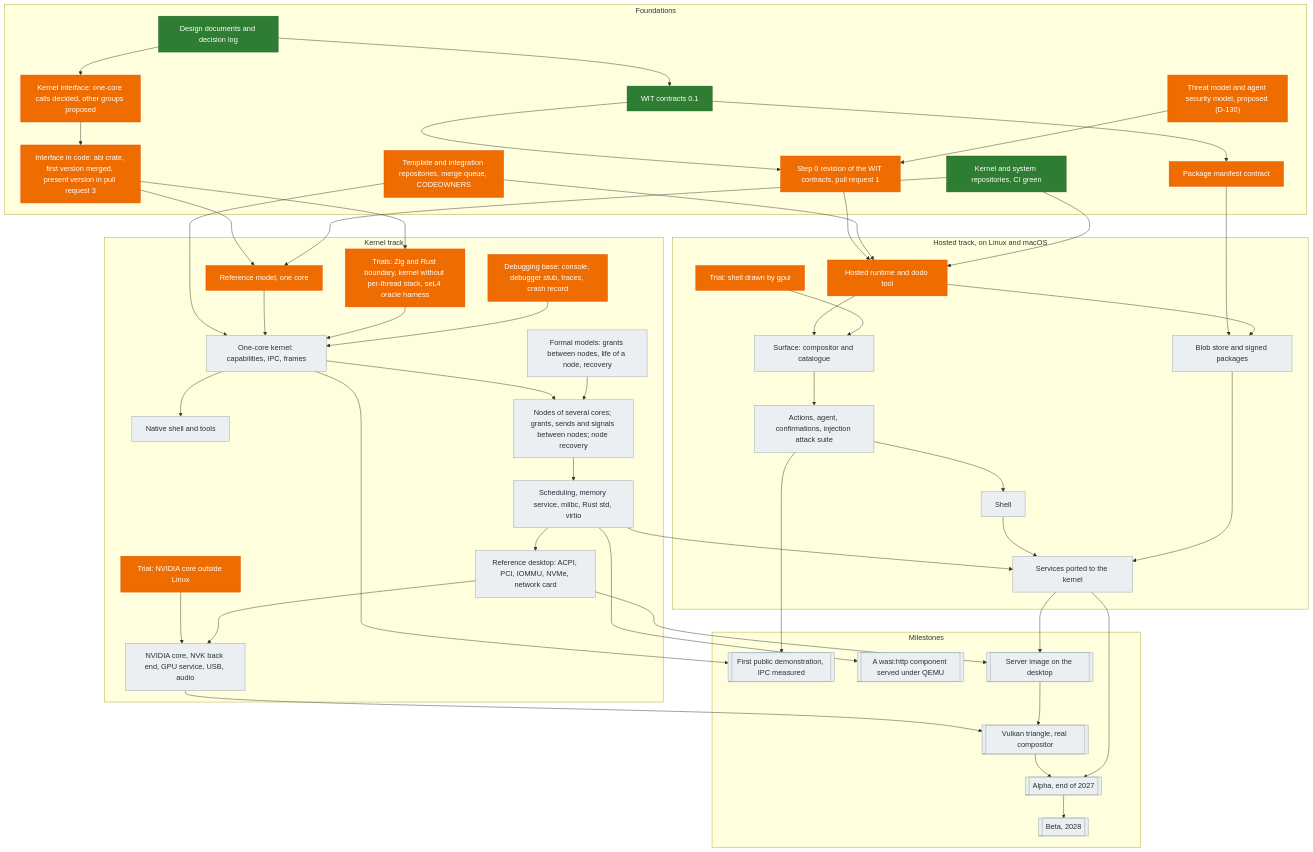
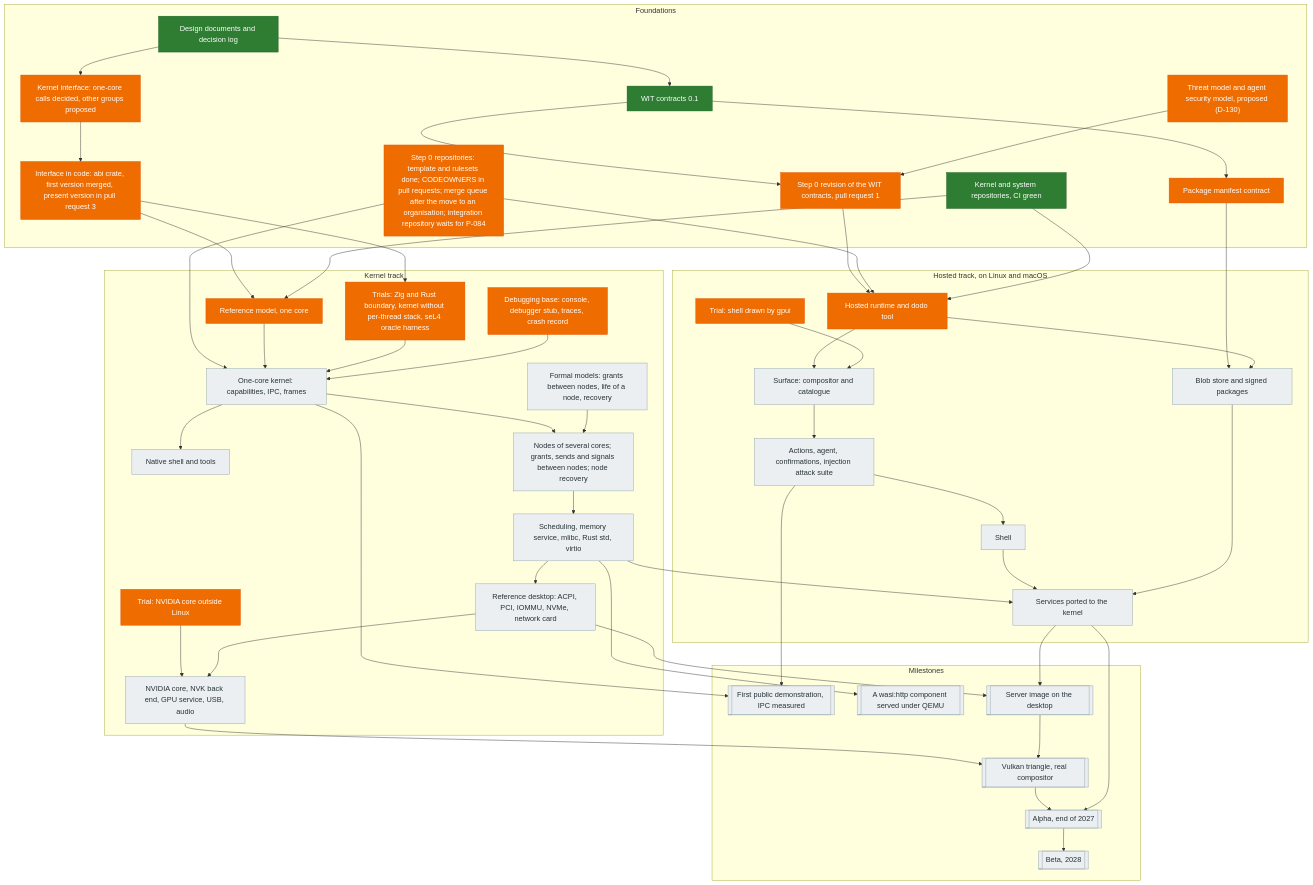
One commit to LES-RATS/dodos-doc changed the diagram in plan/progress.md. Above: the diagram before and after it, drawn with Mermaid. The commit also changed other lines of this file and 1 other file, not shown here.

First line of the commit message:
Step 0: CODEOWNERS for the documentation; progress says what exists

````diff
--- a/plan/progress.md
+++ b/plan/progress.md
@@ -9,82 +9,82 @@
 ```mermaid
 flowchart TD
     classDef done fill:#2e7d32,stroke:#1b5e20,color:#ffffff
     classDef next fill:#ef6c00,stroke:#e65100,color:#ffffff
     classDef later fill:#eceff1,stroke:#90a4ae,color:#263238
 
     subgraph Foundations
         design["Design documents and decision log"]:::done
         kif["Kernel interface: one-core calls decided, other groups proposed"]:::next
         abi["Interface in code: abi crate, first version merged, present version in pull request 3"]:::next
         wit["WIT contracts 0.1"]:::done
         wit2["Step 0 revision of the WIT contracts, pull request 1"]:::next
         threat["Threat model and agent security model, proposed (D-130)"]:::next
         repos["Kernel and system repositories, CI green"]:::done
-        template["Template and integration repositories, merge queue, CODEOWNERS"]:::next
+        template["Step 0 repositories: template and rulesets done; CODEOWNERS in pull requests; merge queue after the move to an organisation; integration repository waits for P-084"]:::next
         manifest["Package manifest contract"]:::next
     end
 
     subgraph Kernel["Kernel track"]
         model["Reference model, one core"]:::next
         trials["Trials: Zig and Rust boundary, kernel without per-thread stack, seL4 oracle harness"]:::next
         debug["Debugging base: console, debugger stub, traces, crash record"]:::next
         k1["One-core kernel: capabilities, IPC, frames"]:::later
         tools["Native shell and tools"]:::later
         models3["Formal models: grants between nodes, life of a node, recovery"]:::later
         kn["Nodes of several cores; grants, sends and signals between nodes; node recovery"]:::later
         sched["Scheduling, memory service, mlibc, Rust std, virtio"]:::later
         hw["Reference desktop: ACPI, PCI, IOMMU, NVMe, network card"]:::later
         gputrial["Trial: NVIDIA core outside Linux"]:::next
         gpu["NVIDIA core, NVK back end, GPU service, USB, audio"]:::later
     end
 
     subgraph Hosted["Hosted track, on Linux and macOS"]
         runtime["Hosted runtime and dodo tool"]:::next
         gpuitrial["Trial: shell drawn by gpui"]:::next
         surface["Surface: compositor and catalogue"]:::later
         agent["Actions, agent, confirmations, injection attack suite"]:::later
         shell["Shell"]:::later
         store["Blob store and signed packages"]:::later
         ported["Services ported to the kernel"]:::later
     end
 
     subgraph Milestones
         demo[["First public demonstration, IPC measured"]]:::later
         http[["A wasi:http component served under QEMU"]]:::later
         server[["Server image on the desktop"]]:::later
         triangle[["Vulkan triangle, real compositor"]]:::later
         alpha[["Alpha, end of 2027"]]:::later
         beta[["Beta, 2028"]]:::later
     end
 
     design --> kif --> abi --> model
     design --> wit --> wit2 --> runtime
     threat --> wit2
     template --> runtime
     template --> k1
     repos --> model
     repos --> runtime
     wit --> manifest --> store
     abi --> trials
     model --> k1
     trials --> k1
     debug --> k1
     k1 --> tools
     k1 --> demo
     k1 --> kn
     models3 --> kn
     kn --> sched --> http
     sched --> hw --> server
     gputrial --> gpu
     hw --> gpu --> triangle
 
     runtime --> surface --> agent --> shell
     gpuitrial --> surface
     runtime --> store
     agent --> demo
     shell --> ported
     store --> ported
     sched --> ported --> server
     server --> triangle --> alpha --> beta
     ported --> alpha
 ```
````
